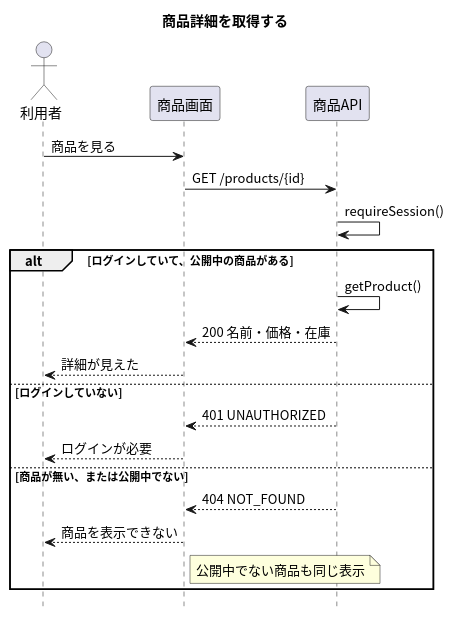
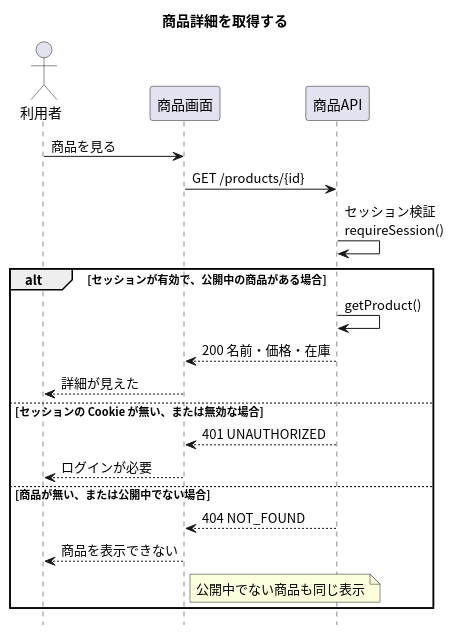
The diagram in apis/get-product/入口.puml (masamasamasato/design-doc-template), drawn with PlantUML before and after one commit. The commit also changed 113 other files, not shown here.

```diff
--- a/apis/get-product/入口.puml
+++ b/apis/get-product/入口.puml
@@ -1,28 +1,28 @@
 @startuml
 skinparam shadowing false
 skinparam defaultFontName "Noto Sans CJK JP"
 skinparam SequenceFontName "Noto Sans CJK JP"
 hide footbox
 
 title 商品詳細を取得する
 
 actor "利用者" as User
 participant "商品画面" as Screen
 participant "商品API" as API
 
 User -> Screen : 商品を見る
 Screen -> API : GET /products/{id}
-API -> API : requireSession()
-alt ログインしていて、公開中の商品がある
+API -> API : セッション検証\nrequireSession()
+alt セッションが有効で、公開中の商品がある場合
   API -> API : getProduct()
   API --> Screen : 200 名前・価格・在庫
   Screen --> User : 詳細が見えた
-else ログインしていない
+else セッションの Cookie が無い、または無効な場合
   API --> Screen : 401 UNAUTHORIZED
   Screen --> User : ログインが必要
-else 商品が無い、または公開中でない
+else 商品が無い、または公開中でない場合
   API --> Screen : 404 NOT_FOUND
   Screen --> User : 商品を表示できない
   note right of Screen : 公開中でない商品も同じ表示
 end
 @enduml
```
